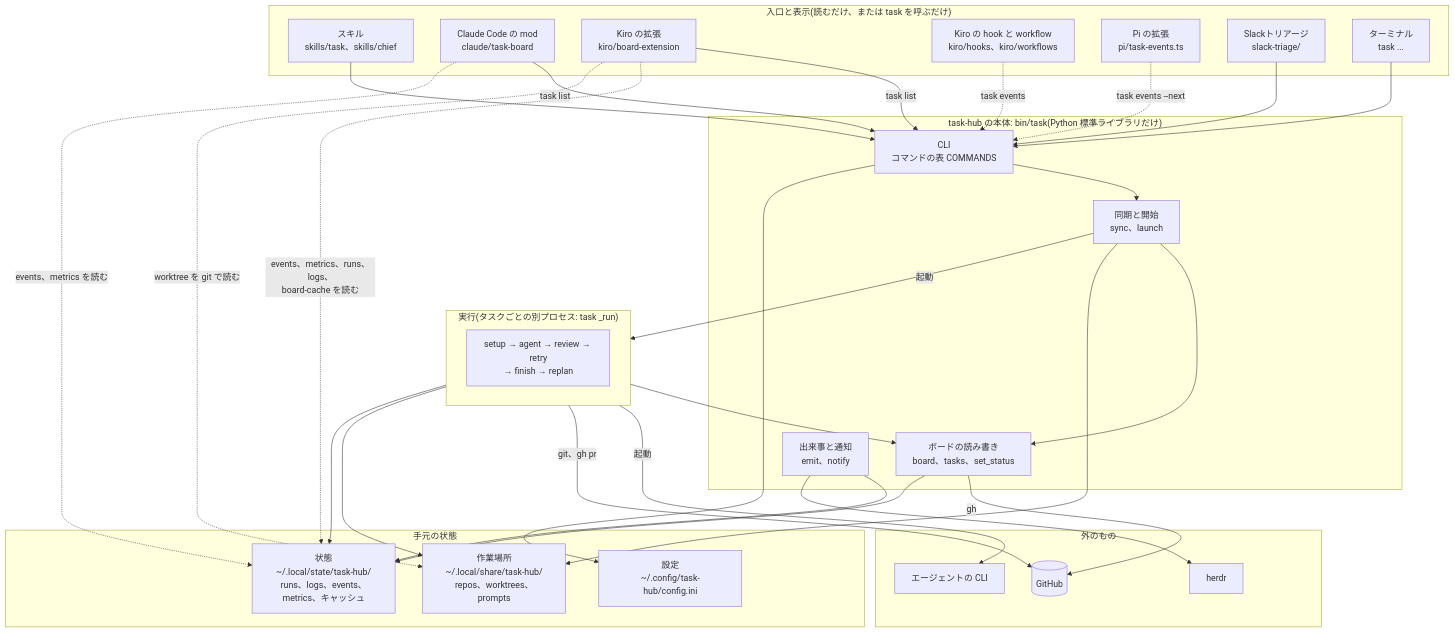
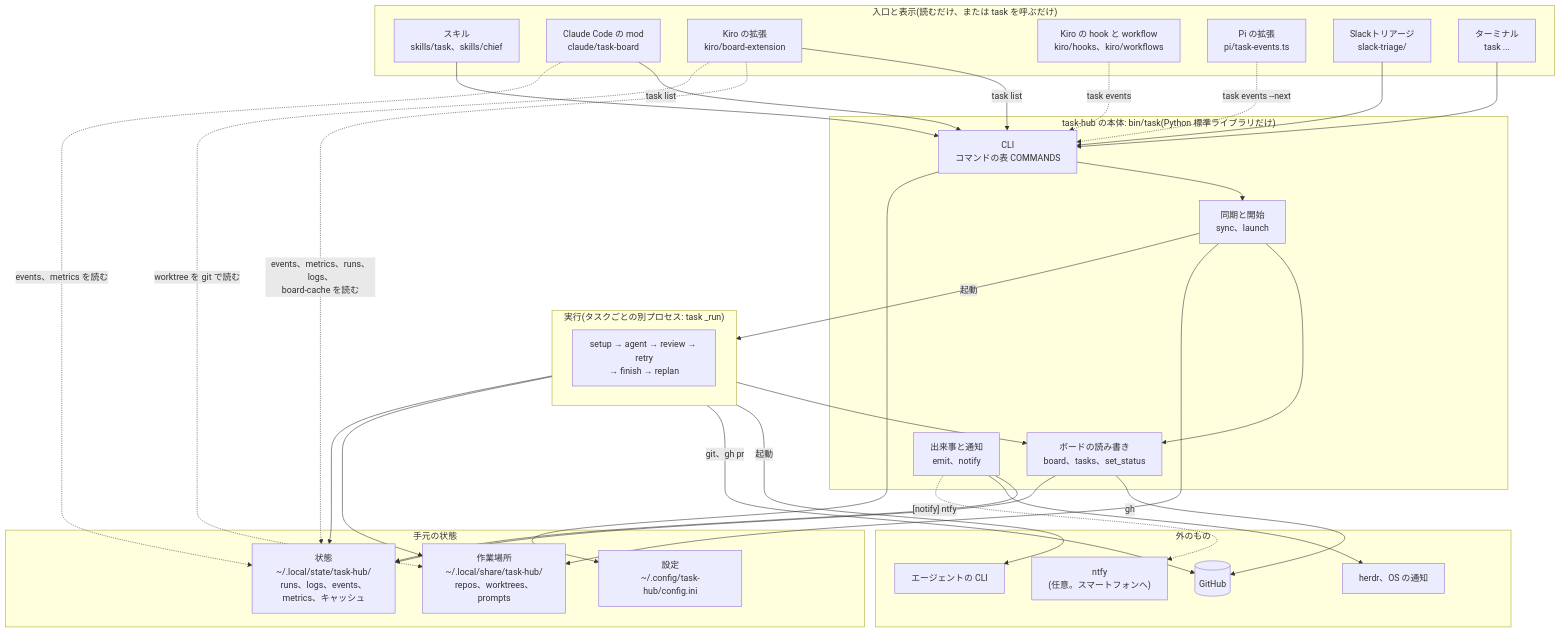
Before and after one commit to jyoka/task-hub: the second of 6 diagrams in docs/architecture/hld.md, drawn with Mermaid. The commit also changed 8 other files, not shown here.

````diff
--- a/docs/architecture/hld.md
+++ b/docs/architecture/hld.md
@@ -48,60 +48,62 @@
 ```mermaid
 flowchart TB
     subgraph surfaces["入口と表示(読むだけ、または task を呼ぶだけ)"]
         skills["スキル<br/>skills/task、skills/chief"]
         mod["Claude Code の mod<br/>claude/task-board"]
         kext["Kiro の拡張<br/>kiro/board-extension"]
         khook["Kiro の hook と workflow<br/>kiro/hooks、kiro/workflows"]
         piext["Pi の拡張<br/>pi/task-events.ts"]
         triage["Slackトリアージ<br/>slack-triage/"]
         term["ターミナル<br/>task ..."]
     end
 
     subgraph core["task-hub の本体: bin/task(Python 標準ライブラリだけ)"]
         cli["CLI<br/>コマンドの表 COMMANDS"]
         sync["同期と開始<br/>sync、launch"]
         board["ボードの読み書き<br/>board、tasks、set_status"]
         notify["出来事と通知<br/>emit、notify"]
     end
 
     subgraph runner["実行(タスクごとの別プロセス: task _run)"]
         pipe["setup → agent → review → retry<br/>→ finish → replan"]
     end
 
     subgraph local["手元の状態"]
         cfg["設定<br/>~/.config/task-hub/config.ini"]
         state["状態<br/>~/.local/state/task-hub/<br/>runs、logs、events、metrics、キャッシュ"]
         data["作業場所<br/>~/.local/share/task-hub/<br/>repos、worktrees、prompts"]
     end
 
     subgraph ext["外のもの"]
         gh[("GitHub")]
         agents["エージェントの CLI"]
-        herdr["herdr"]
+        herdr["herdr、OS の通知"]
+        ntfy["ntfy<br/>(任意。スマートフォンへ)"]
     end
 
     skills --> cli
     term --> cli
     triage --> cli
     mod -- "task list" --> cli
     kext -- "task list" --> cli
     mod -. "events、metrics を読む" .-> state
     kext -. "events、metrics、runs、logs、<br/>board-cache を読む" .-> state
     kext -. "worktree を git で読む" .-> data
     khook -. "task events" .-> cli
     piext -. "task events --next" .-> cli
     cli --> sync
     sync --> board
     sync -- "起動" --> runner
     board -- "gh" --> gh
     runner --> board
     runner -- "起動" --> agents
     runner -- "git、gh pr" --> gh
     runner --> data
     sync --> data
     notify --> state
     notify --> herdr
+    notify -. "[notify] ntfy" .-> ntfy
     board --> state
     runner --> state
     cli --> cfg
 ```
````
